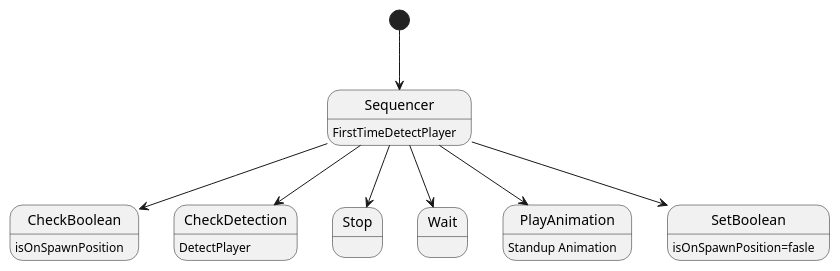
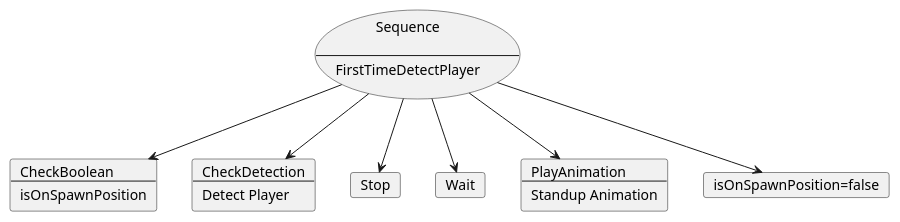
The diagram in 04. Portfolio/개발문서/BehaviourTree/Movement/FirstTimeDetectPlayer.puml (onedeo/Portfolio), drawn with PlantUML before and after one commit. The commit also changed 98 other files, not shown here.

```diff
--- a/04. Portfolio/개발문서/BehaviourTree/Movement/FirstTimeDetectPlayer.puml
+++ b/04. Portfolio/개발문서/BehaviourTree/Movement/FirstTimeDetectPlayer.puml
@@ -1,16 +1,36 @@
 @startuml
 
-[*]-->Sequencer
-Sequencer-->CheckBoolean
-Sequencer : FirstTimeDetectPlayer
-CheckBoolean : isOnSpawnPosition
-Sequencer-->CheckDetection
-CheckDetection : DetectPlayer
-Sequencer-->Stop
-Sequencer-->Wait
-Sequencer-->PlayAnimation
-PlayAnimation : Standup Animation
-Sequencer-->SetBoolean
-SetBoolean : isOnSpawnPosition=fasle
+usecase Sequence[
+    Sequence
+    
+    ---
+    FirstTimeDetectPlayer
+]
+card CheckBoolean[
+    CheckBoolean
+    ---
+    isOnSpawnPosition
+]
+card CheckDetection[
+    CheckDetection
+    ---
+    Detect Player
+]
+card Stop
+card Wait
+card PlayAnimation[
+    PlayAnimation
+    ---
+    Standup Animation
+]
+card SetBoolean[
+    isOnSpawnPosition=false
+]
+Sequence-->CheckBoolean
+Sequence-->CheckDetection
+Sequence-->Stop
+Sequence-->Wait
+Sequence-->PlayAnimation
+Sequence-->SetBoolean
 
 @enduml
```
